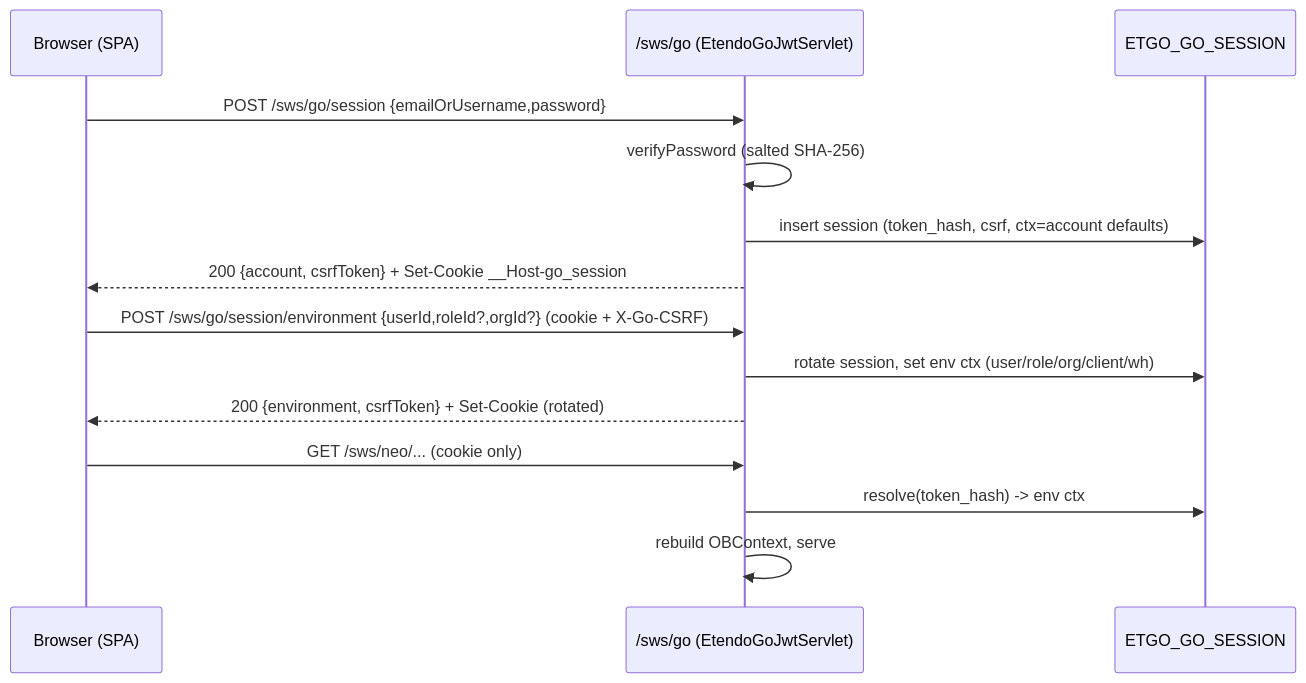
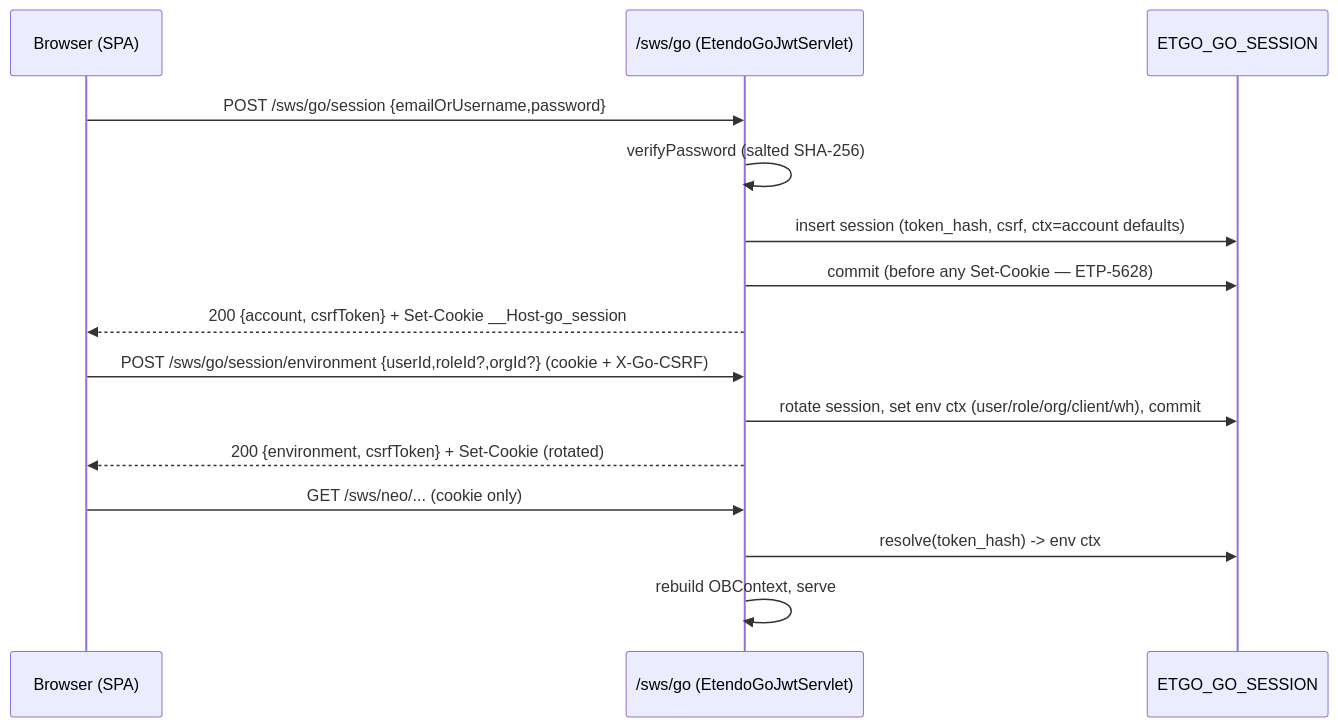
Before and after one commit to etendosoftware/com.etendoerp.go: the first of 5 diagrams in docs/adr/0001-backend-managed-session.md, drawn with Mermaid. The commit also changed other lines of this file and 3 other files, not shown here.

First line of the commit message:
Feature ETP-5628: Commit the GO session row before the session cookie is sent

````diff
--- a/docs/adr/0001-backend-managed-session.md
+++ b/docs/adr/0001-backend-managed-session.md
@@ -190,16 +211,17 @@
 ```mermaid
 sequenceDiagram
     participant B as Browser (SPA)
     participant GO as /sws/go (EtendoGoJwtServlet)
     participant DB as ETGO_GO_SESSION
     B->>GO: POST /sws/go/session {emailOrUsername,password}
     GO->>GO: verifyPassword (salted SHA-256)
     GO->>DB: insert session (token_hash, csrf, ctx=account defaults)
+    GO->>DB: commit (before any Set-Cookie — ETP-5628)
     GO-->>B: 200 {account, csrfToken} + Set-Cookie __Host-go_session
     B->>GO: POST /sws/go/session/environment {userId,roleId?,orgId?} (cookie + X-Go-CSRF)
-    GO->>DB: rotate session, set env ctx (user/role/org/client/wh)
+    GO->>DB: rotate session, set env ctx (user/role/org/client/wh), commit
     GO-->>B: 200 {environment, csrfToken} + Set-Cookie (rotated)
     B->>GO: GET /sws/neo/... (cookie only)
     GO->>DB: resolve(token_hash) -> env ctx
     GO->>GO: rebuild OBContext, serve
 ```
````
